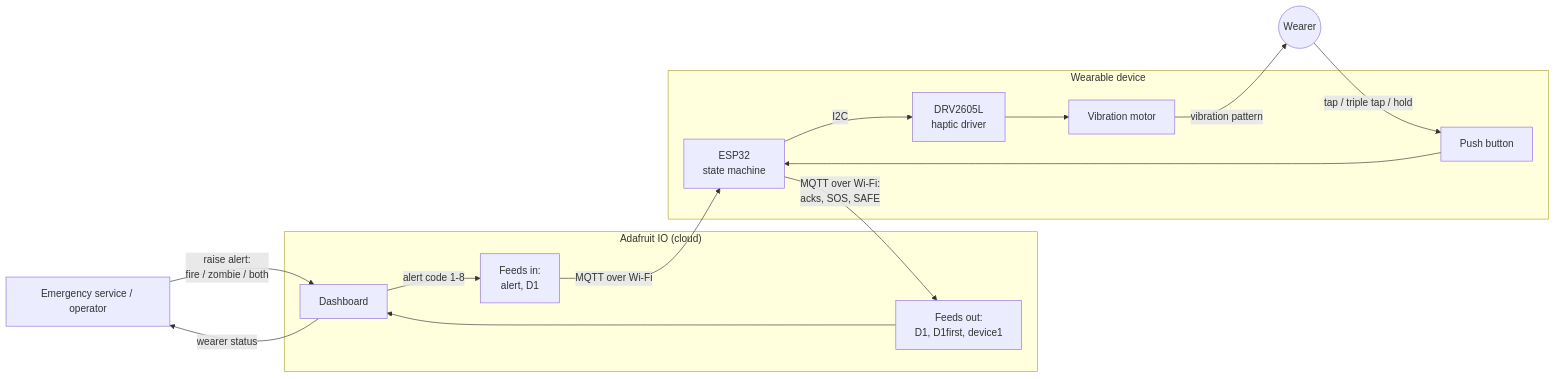
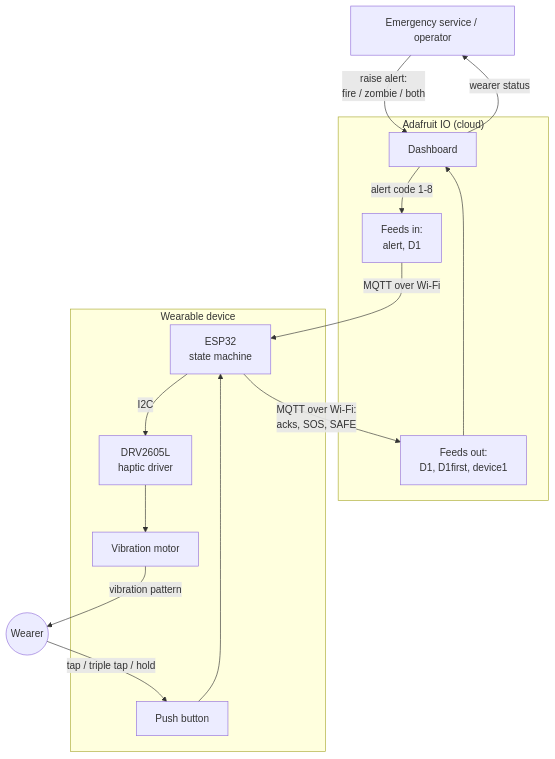
Before and after one commit to jotheesh1729/Wearble-based-alerting-system-for-humans: the first of 3 diagrams in README.md, drawn with Mermaid.

Commit message:
README: draw system overview top to bottom

````diff
--- a/README.md
+++ b/README.md
@@ -21,29 +21,29 @@
 ```mermaid
-flowchart LR
+flowchart TD
     OP["Emergency service / operator"]
 
     subgraph CLOUD["Adafruit IO (cloud)"]
         DASH["Dashboard"]
         IN["Feeds in:<br/>alert, D1"]
         OUT["Feeds out:<br/>D1, D1first, device1"]
     end
 
     subgraph WEAR["Wearable device"]
         ESP["ESP32<br/>state machine"]
         DRV["DRV2605L<br/>haptic driver"]
         MOT["Vibration motor"]
         BTN["Push button"]
     end
 
     USER(("Wearer"))
 
     OP -->|"raise alert:<br/>fire / zombie / both"| DASH
     DASH -->|"alert code 1-8"| IN
     IN -->|"MQTT over Wi-Fi"| ESP
     ESP -->|"I2C"| DRV --> MOT
     MOT -->|"vibration pattern"| USER
     USER -->|"tap / triple tap / hold"| BTN --> ESP
     ESP -->|"MQTT over Wi-Fi:<br/>acks, SOS, SAFE"| OUT
     OUT --> DASH
     DASH -->|"wearer status"| OP
 ```
````
